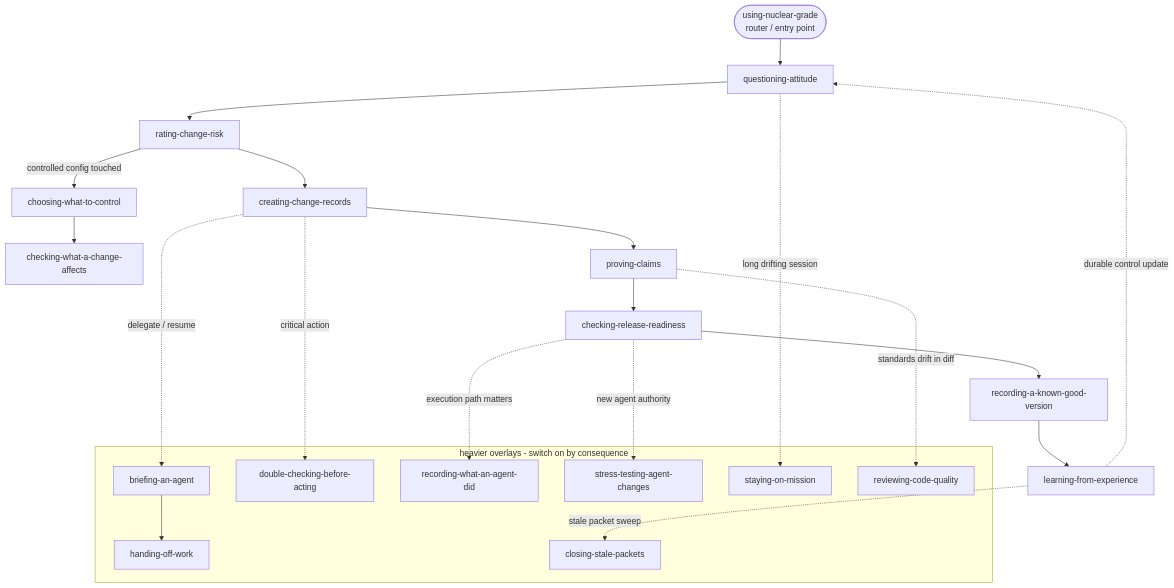
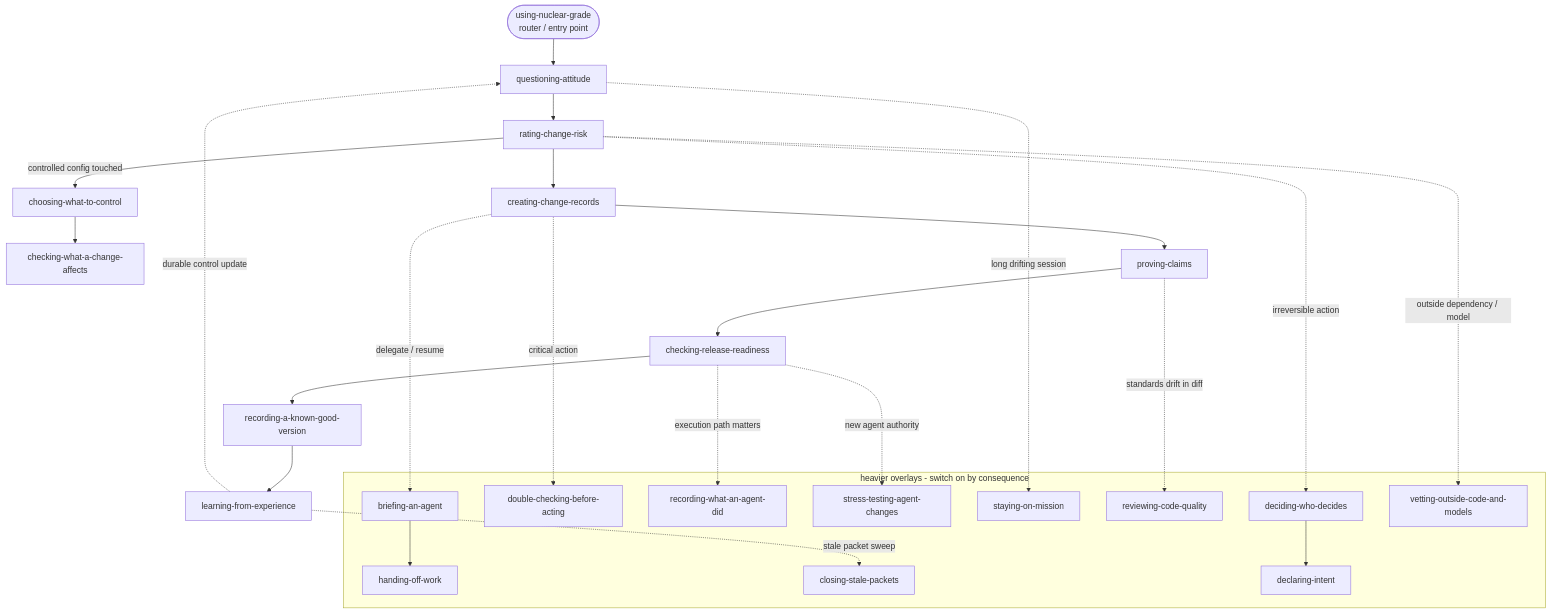
One commit to FlyFission/nuclear-grade-context-engineering changed the diagram in SKILLS.md. Above: the diagram before and after it, drawn with Mermaid. The commit also changed other lines of this file and 27 other files, not shown here.

````diff
--- a/SKILLS.md
+++ b/SKILLS.md
@@ -41,34 +43,40 @@
 ```mermaid
 flowchart TD
     UNG([using-nuclear-grade<br/>router / entry point])
     UNG --> QA[questioning-attitude]
     QA --> CCR[rating-change-risk]
     CCR -->|controlled config touched| ICI[choosing-what-to-control]
     CCR --> CCP[creating-change-records]
     ICI --> SCI[checking-what-a-change-affects]
     CCP --> PC[proving-claims]
     PC --> RSR[checking-release-readiness]
     RSR --> BC[recording-a-known-good-version]
     BC --> LFO[learning-from-experience]
     LFO -.durable control update.-> QA
 
     subgraph overlays[heavier overlays - switch on by consequence]
       PAC[briefing-an-agent]
       TOW[handing-off-work]
       SCA[double-checking-before-acting]
       TAE[recording-what-an-agent-did]
       RTA[stress-testing-agent-changes]
       CMD[staying-on-mission]
       RCQ[reviewing-code-quality]
       CSP[closing-stale-packets]
+      DWD[deciding-who-decides]
+      DI[declaring-intent]
+      VOC[vetting-outside-code-and-models]
     end
 
     CCP -.delegate / resume.-> PAC
     PAC --> TOW
     CCP -.critical action.-> SCA
     RSR -.new agent authority.-> RTA
     RSR -.execution path matters.-> TAE
     QA -.long drifting session.-> CMD
     PC -.standards drift in diff.-> RCQ
     LFO -.stale packet sweep.-> CSP
+    CCR -.irreversible action.-> DWD
+    DWD --> DI
+    CCR -.outside dependency / model.-> VOC
 ```
````
